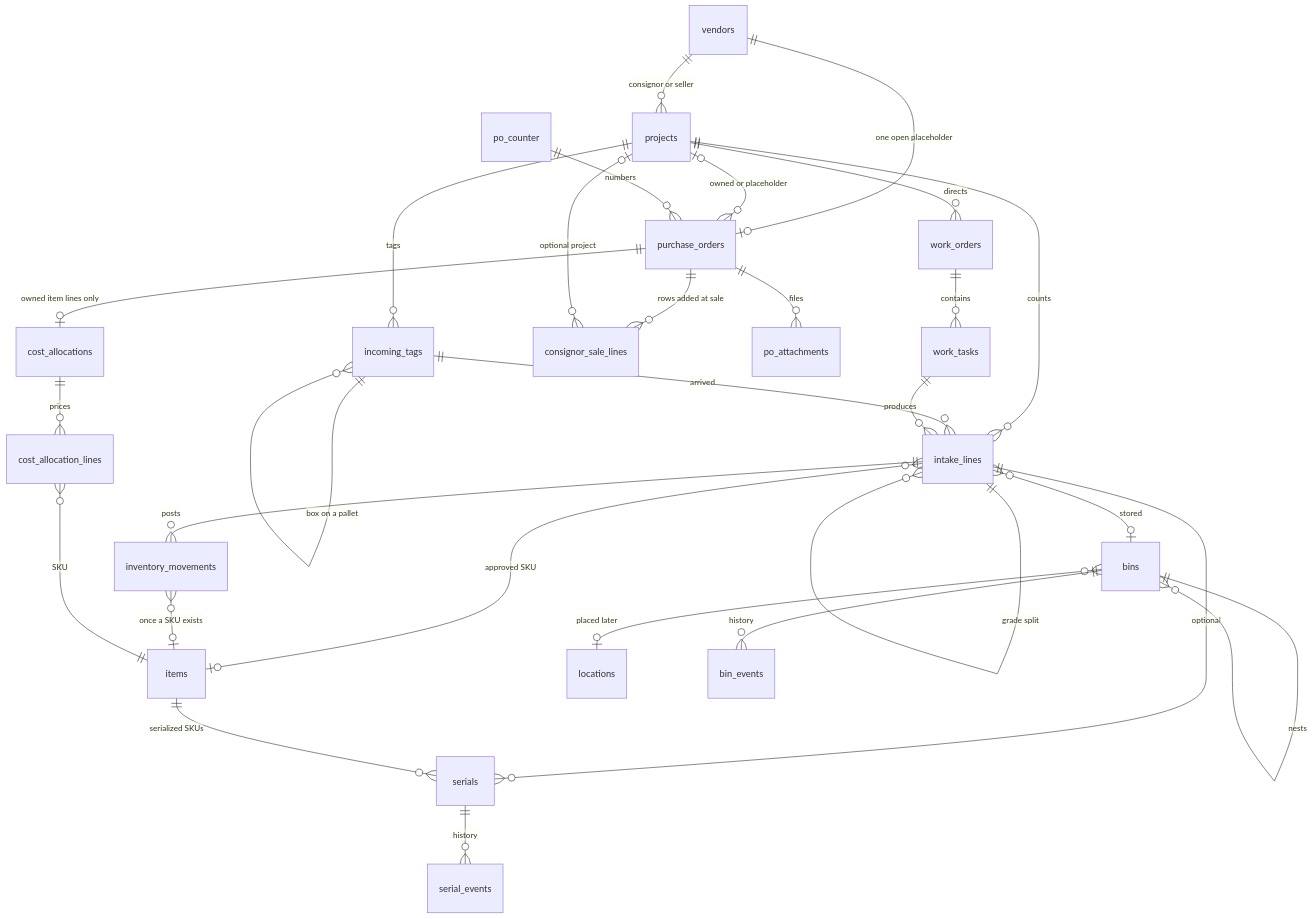
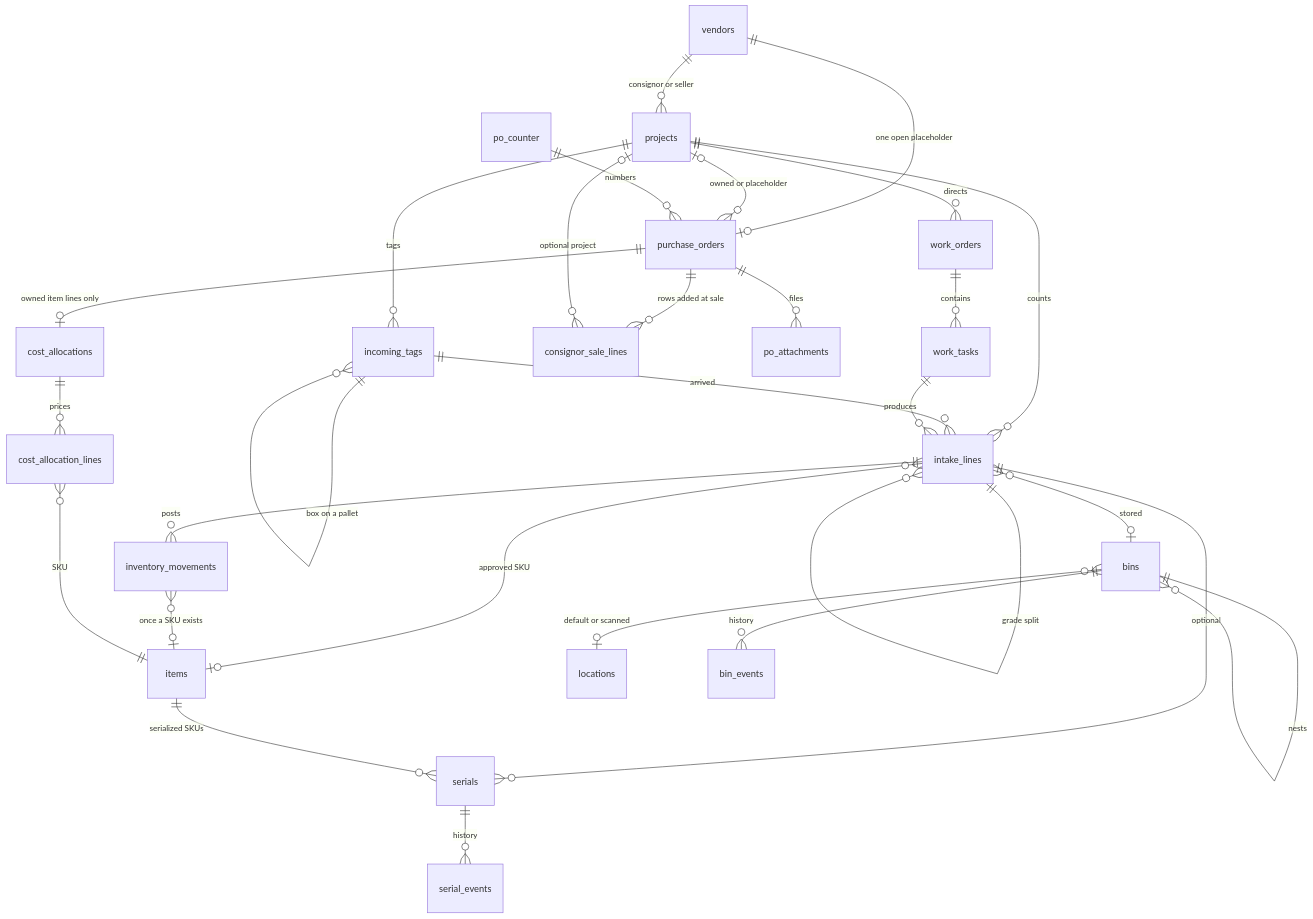
The first of 5 diagrams in docs/order-to-stock.md (jdierens/its), drawn with Mermaid before and after one commit. The commit also changed other lines of this file and 1 other file, not shown here.

First line of the commit message:
Record the floor decisions for SKUs, shells, and locations.

````diff
--- a/docs/order-to-stock.md
+++ b/docs/order-to-stock.md
@@ -49,31 +49,31 @@
 ```mermaid
 erDiagram
   projects ||--o{ incoming_tags : tags
   projects ||--o{ work_orders : directs
   projects ||--o{ intake_lines : counts
   vendors ||--o{ projects : "consignor or seller"
   vendors ||--o| purchase_orders : "one open placeholder"
   projects |o--o{ purchase_orders : "owned or placeholder"
   purchase_orders ||--o| cost_allocations : "owned item lines only"
   purchase_orders ||--o{ consignor_sale_lines : "rows added at sale"
   purchase_orders ||--o{ po_attachments : files
   po_counter ||--o{ purchase_orders : numbers
   consignor_sale_lines }o--o| projects : "optional project"
   incoming_tags ||--o{ incoming_tags : "box on a pallet"
   incoming_tags ||--o{ intake_lines : arrived
   work_orders ||--o{ work_tasks : contains
   work_tasks ||--o{ intake_lines : produces
   intake_lines ||--o{ intake_lines : "grade split"
   intake_lines }o--o| items : "approved SKU"
   intake_lines }o--o| bins : stored
   intake_lines ||--o{ serials : "optional"
   items ||--o{ serials : "serialized SKUs"
   serials ||--o{ serial_events : history
   bins ||--o{ bins : nests
-  bins }o--o| locations : "placed later"
+  bins }o--o| locations : "default or scanned"
   bins ||--o{ bin_events : history
   intake_lines ||--o{ inventory_movements : posts
   inventory_movements }o--o| items : "once a SKU exists"
   cost_allocations ||--o{ cost_allocation_lines : prices
   cost_allocation_lines }o--|| items : SKU
 ```
````
